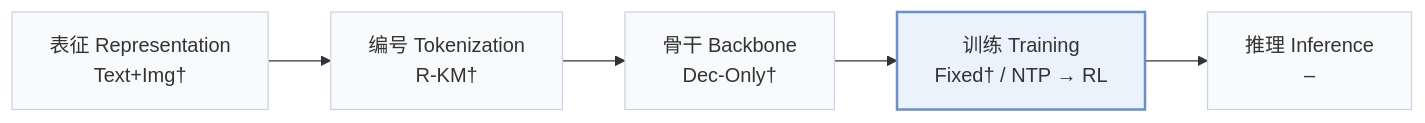
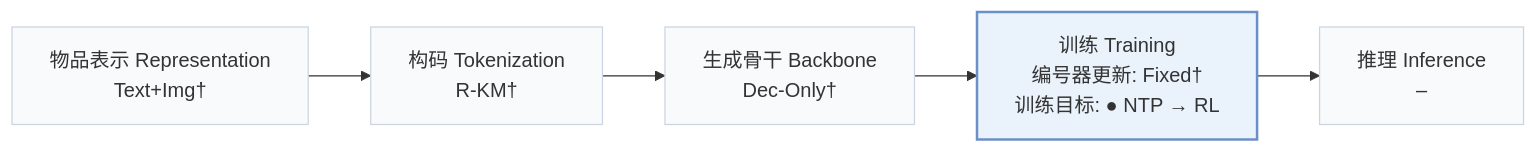
The first of 2 diagrams in pages/zh/papers/sage-sid.md (Galaxy-ghost/Awesome-SID-Generative-Rec), drawn with Mermaid before and after one commit. The commit also changed other lines of this file and 558 other files, not shown here.

````diff
--- a/pages/zh/papers/sage-sid.md
+++ b/pages/zh/papers/sage-sid.md
@@ -15,8 +18,8 @@
 ```mermaid
 flowchart LR
-    R["表征 Representation<br/>Text+Img†"] --> T["编号 Tokenization<br/>R-KM†"] --> B["骨干 Backbone<br/>Dec-Only†"] --> TR["训练 Training<br/>Fixed† / NTP → RL"] --> I["推理 Inference<br/>–"]
+    R["物品表示 Representation<br/>Text+Img†"] --> T["构码 Tokenization<br/>R-KM†"] --> B["生成骨干 Backbone<br/>Dec-Only†"] --> TR["训练 Training<br/>编号器更新: Fixed†<br/>训练目标: ● NTP → RL"] --> I["推理 Inference<br/>–"]
     classDef base fill:#f8fafc,stroke:#cbd5e1
     class R,T,B,TR,I base
     classDef main fill:#eaf2fb,stroke:#6b8fc7,stroke-width:2px
     class TR main
 ```
````
